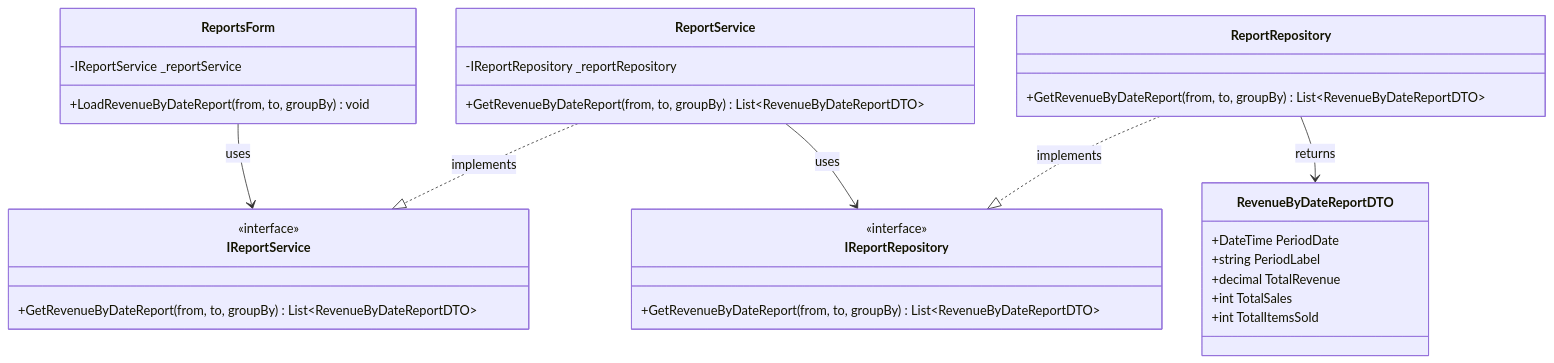
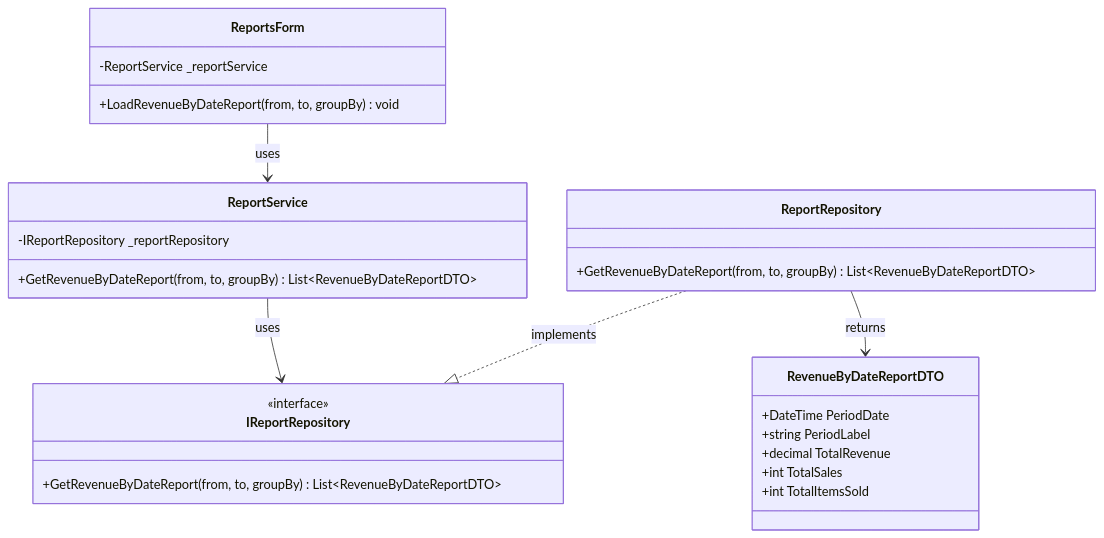
One commit to nahuk86/tp_diploma_nk_2026 changed the ninth of 14 diagrams in Documentation/UML_Diagrams/18_Reports_UseCases.md. Above: the diagram before and after it, drawn with Mermaid. The commit also changed other lines of this file and 5 other files, not shown here.

First line of the commit message:
Fix UML documentation: remove non-existent BLL service interfaces

````diff
--- a/Documentation/UML_Diagrams/18_Reports_UseCases.md
+++ b/Documentation/UML_Diagrams/18_Reports_UseCases.md
@@ -321,40 +295,35 @@
 ```mermaid
 classDiagram
     class ReportsForm {
-        -IReportService _reportService
+        -ReportService _reportService
         +LoadRevenueByDateReport(from, to, groupBy) void
     }
 
-    class IReportService {
-        <<interface>>
-        +GetRevenueByDateReport(from, to, groupBy) List~RevenueByDateReportDTO~
-    }
 
     class ReportService {
         -IReportRepository _reportRepository
         +GetRevenueByDateReport(from, to, groupBy) List~RevenueByDateReportDTO~
     }
 
     class IReportRepository {
         <<interface>>
         +GetRevenueByDateReport(from, to, groupBy) List~RevenueByDateReportDTO~
     }
 
     class ReportRepository {
         +GetRevenueByDateReport(from, to, groupBy) List~RevenueByDateReportDTO~
     }
 
     class RevenueByDateReportDTO {
         +DateTime PeriodDate
         +string PeriodLabel
         +decimal TotalRevenue
         +int TotalSales
         +int TotalItemsSold
     }
 
-    ReportsForm --> IReportService : uses
-    ReportService ..|> IReportService : implements
+    ReportsForm --> ReportService : uses
     ReportService --> IReportRepository : uses
     ReportRepository ..|> IReportRepository : implements
     ReportRepository --> RevenueByDateReportDTO : returns
 ```
````
